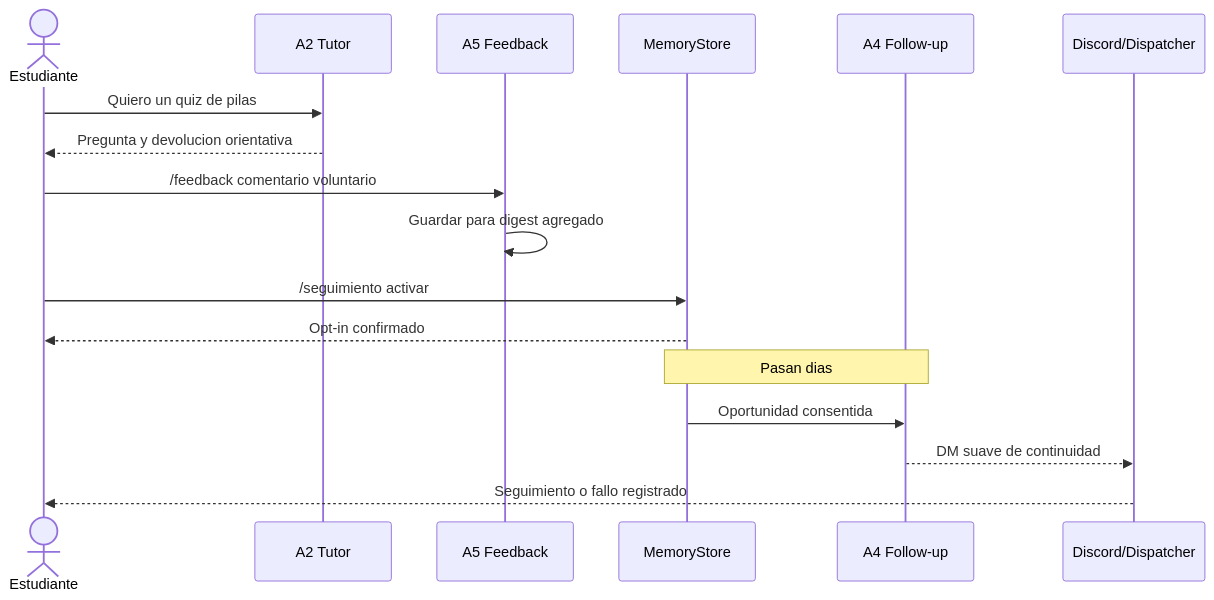
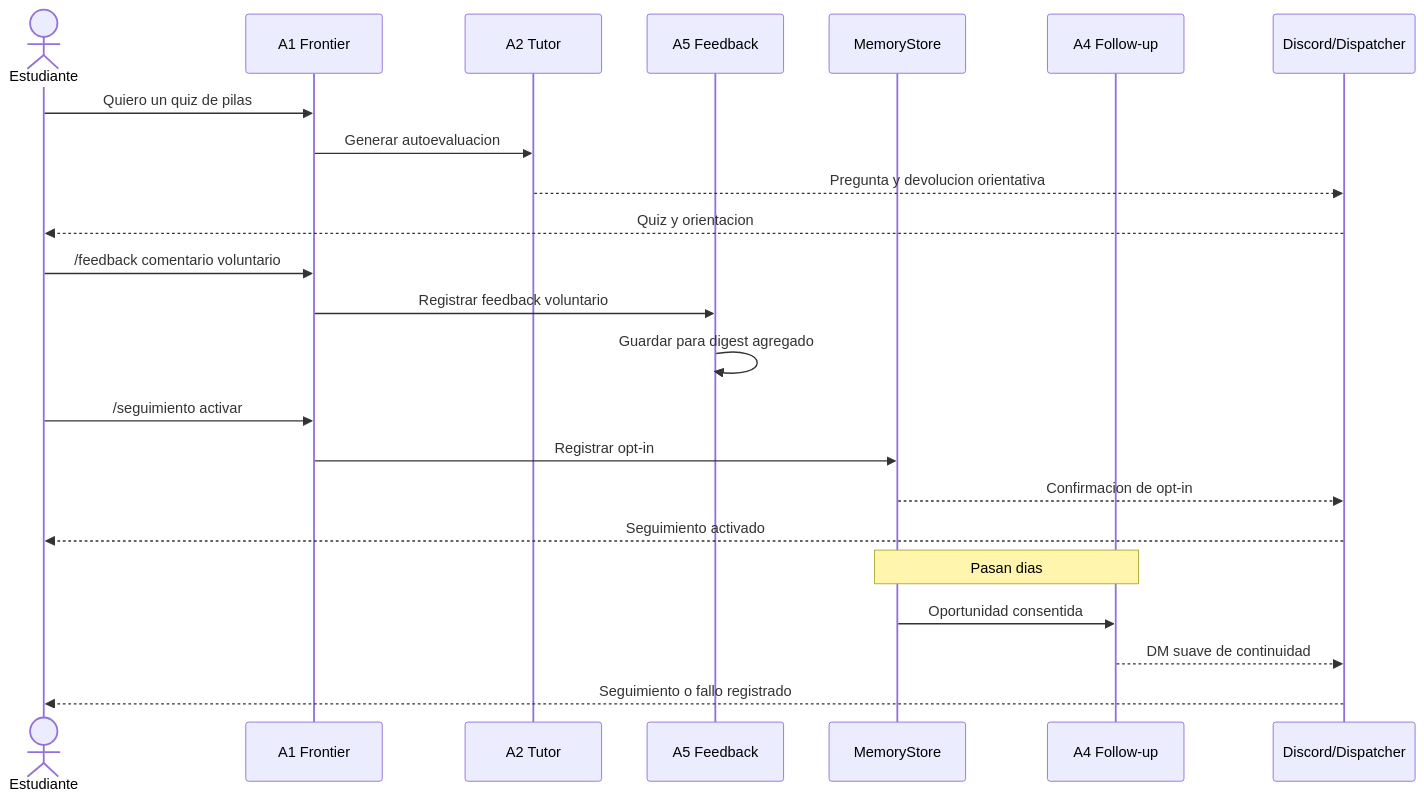
One commit to berni-245/SMA-Discord-bot changed the fourth of 4 diagrams in spec/06-escenarios-y-trazabilidad.md. Above: the diagram before and after it, drawn with Mermaid. The commit also changed other lines of this file and 14 other files, not shown here.

````diff
--- a/spec/06-escenarios-y-trazabilidad.md
+++ b/spec/06-escenarios-y-trazabilidad.md
@@ -99,19 +99,25 @@
 ```mermaid
 sequenceDiagram
     actor E as Estudiante
+    participant A1 as A1 Frontier
     participant A2 as A2 Tutor
     participant A5 as A5 Feedback
     participant M as MemoryStore
     participant A4 as A4 Follow-up
     participant D as Discord/Dispatcher
-    E->>A2: Quiero un quiz de pilas
-    A2-->>E: Pregunta y devolucion orientativa
-    E->>A5: /feedback comentario voluntario
+    E->>A1: Quiero un quiz de pilas
+    A1->>A2: Generar autoevaluacion
+    A2-->>D: Pregunta y devolucion orientativa
+    D-->>E: Quiz y orientacion
+    E->>A1: /feedback comentario voluntario
+    A1->>A5: Registrar feedback voluntario
     A5->>A5: Guardar para digest agregado
-    E->>M: /seguimiento activar
-    M-->>E: Opt-in confirmado
+    E->>A1: /seguimiento activar
+    A1->>M: Registrar opt-in
+    M-->>D: Confirmacion de opt-in
+    D-->>E: Seguimiento activado
     Note over M,A4: Pasan dias
     M->>A4: Oportunidad consentida
     A4-->>D: DM suave de continuidad
     D-->>E: Seguimiento o fallo registrado
 ```
````
